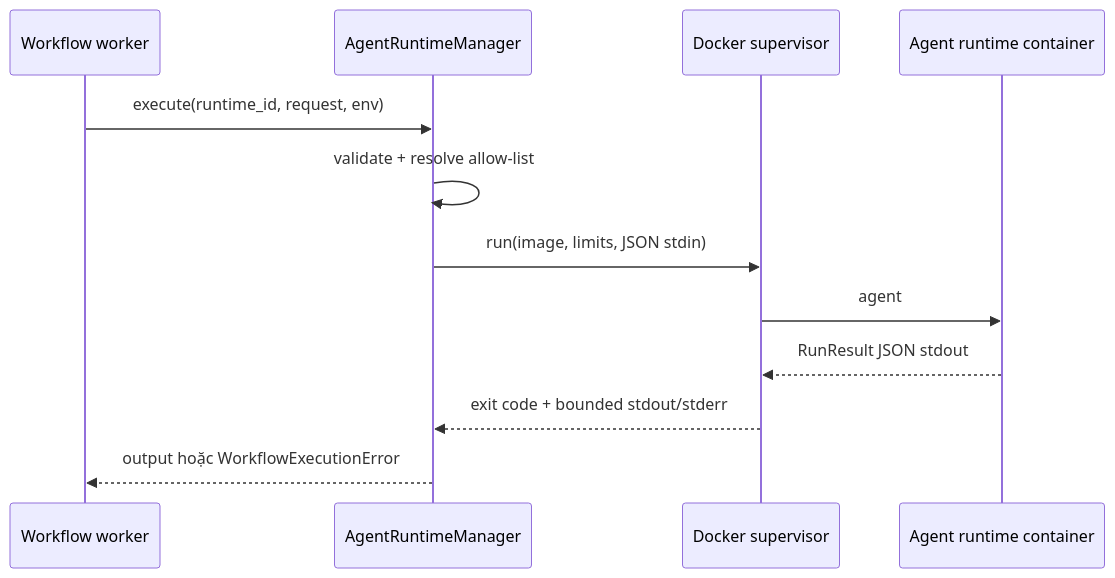
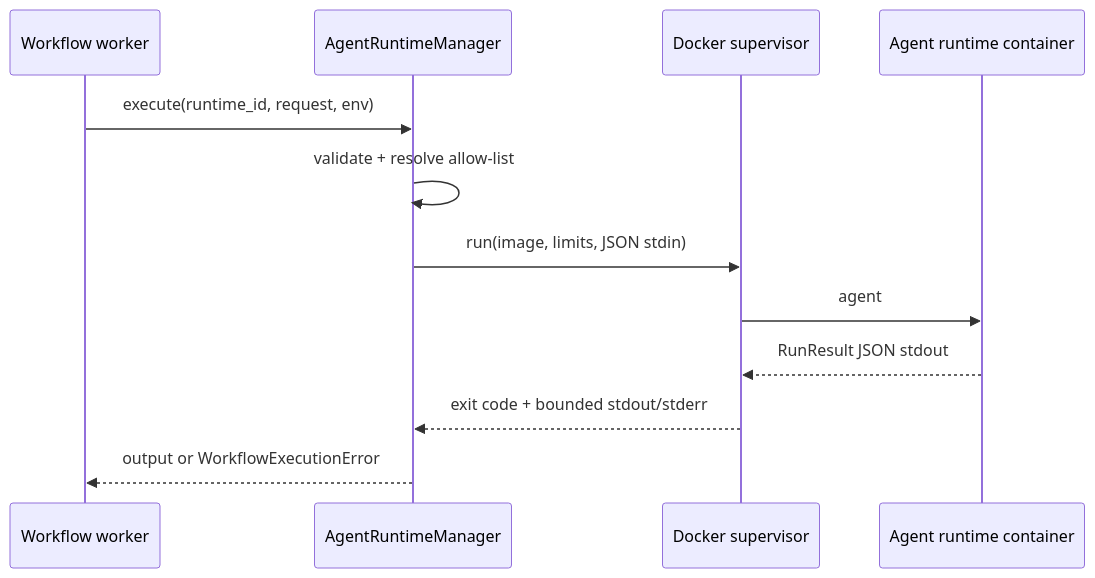
The diagram in docs/agent-runtime-management.md (ndthangit/AgentFlow), drawn with Mermaid before and after one commit. The commit also changed other lines of this file and 39 other files, not shown here.

````diff
--- a/docs/agent-runtime-management.md
+++ b/docs/agent-runtime-management.md
@@ -156,14 +177,14 @@
 ```mermaid
 sequenceDiagram
     participant W as Workflow worker
     participant M as AgentRuntimeManager
     participant D as Docker supervisor
     participant A as Agent runtime container
     W->>M: execute(runtime_id, request, env)
     M->>M: validate + resolve allow-list
     M->>D: run(image, limits, JSON stdin)
     D->>A: agent
     A-->>D: RunResult JSON stdout
     D-->>M: exit code + bounded stdout/stderr
-    M-->>W: output hoặc WorkflowExecutionError
+    M-->>W: output or WorkflowExecutionError
 ```
````
